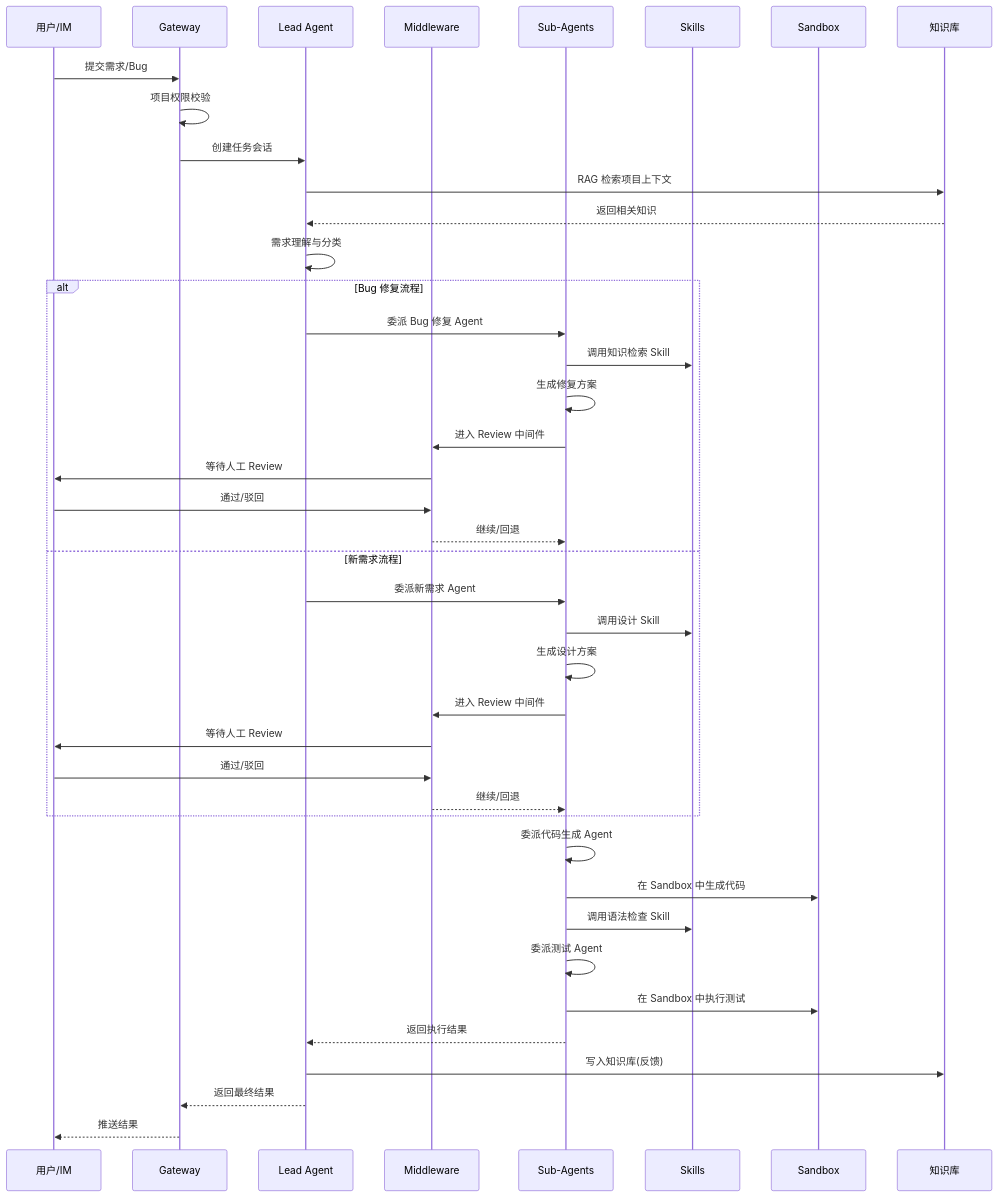
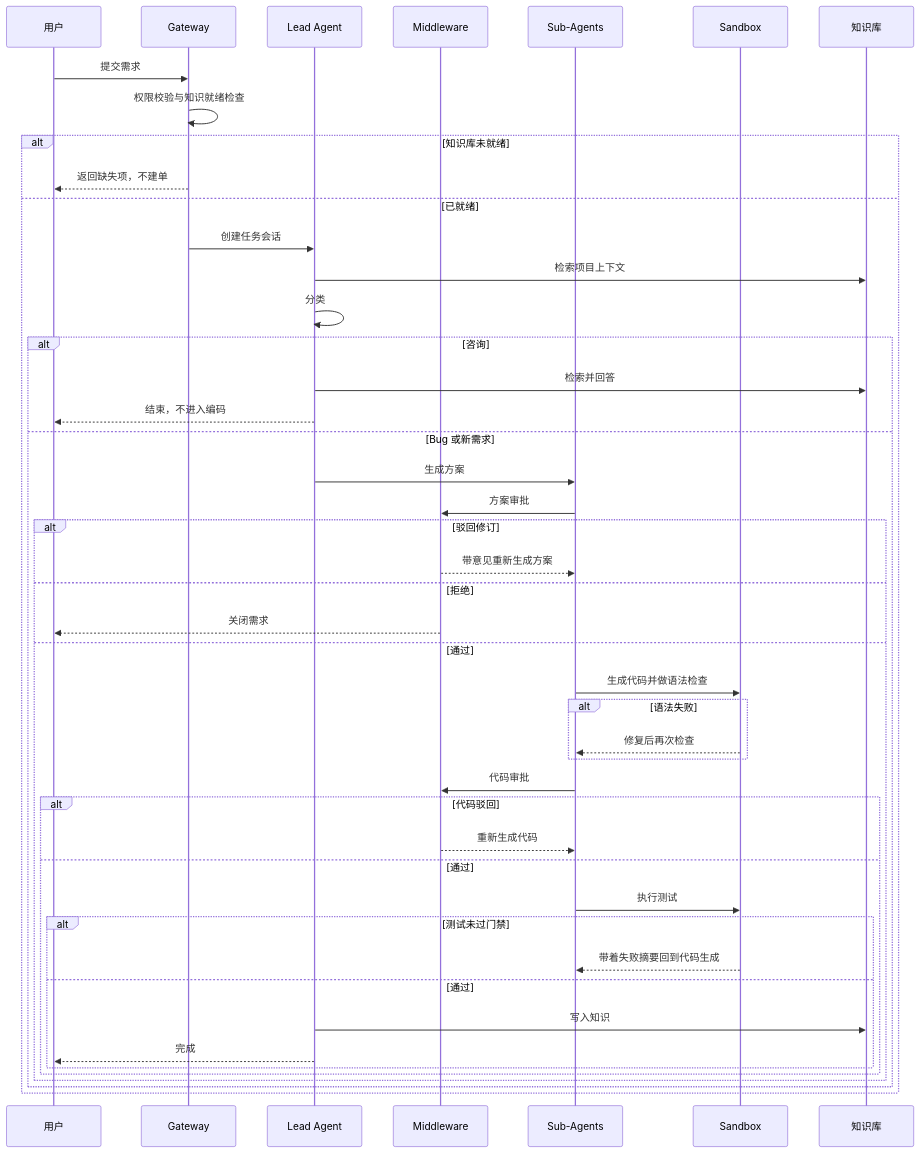
Before and after one commit to fujincursor/OpsPilot: the second of 11 diagrams in docs/DeerFlow架构重设计-运维Agent生产系统.md, drawn with Mermaid. The commit also changed other lines of this file and 110 other files, not shown here.

````diff
--- a/docs/DeerFlow架构重设计-运维Agent生产系统.md
+++ b/docs/DeerFlow架构重设计-运维Agent生产系统.md
@@ -124,50 +126,49 @@
 ```mermaid
 sequenceDiagram
-    participant User as 用户/IM
+    participant User as 用户
     participant GW as Gateway
     participant LA as Lead Agent
     participant MW as Middleware
     participant SA as Sub-Agents
-    participant SK as Skills
     participant SB as Sandbox
     participant KB as 知识库
 
-    User->>GW: 提交需求/Bug
-    GW->>GW: 项目权限校验
-    GW->>LA: 创建任务会话
-    
-    LA->>KB: RAG 检索项目上下文
-    KB-->>LA: 返回相关知识
-    
-    LA->>LA: 需求理解与分类
-    
-    alt Bug 修复流程
-        LA->>SA: 委派 Bug 修复 Agent
-        SA->>SK: 调用知识检索 Skill
-        SA->>SA: 生成修复方案
-        SA->>MW: 进入 Review 中间件
-        MW->>User: 等待人工 Review
-        User->>MW: 通过/驳回
-        MW-->>SA: 继续/回退
-    else 新需求流程
-        LA->>SA: 委派新需求 Agent
-        SA->>SK: 调用设计 Skill
-        SA->>SA: 生成设计方案
-        SA->>MW: 进入 Review 中间件
-        MW->>User: 等待人工 Review
-        User->>MW: 通过/驳回
-        MW-->>SA: 继续/回退
+    User->>GW: 提交需求
+    GW->>GW: 权限校验与知识就绪检查
+    alt 知识库未就绪
+        GW-->>User: 返回缺失项，不建单
+    else 已就绪
+        GW->>LA: 创建任务会话
+        LA->>KB: 检索项目上下文
+        LA->>LA: 分类
+        alt 咨询
+            LA->>KB: 检索并回答
+            LA-->>User: 结束，不进入编码
+        else Bug 或新需求
+            LA->>SA: 生成方案
+            SA->>MW: 方案审批
+            alt 驳回修订
+                MW-->>SA: 带意见重新生成方案
+            else 拒绝
+                MW-->>User: 关闭需求
+            else 通过
+                SA->>SB: 生成代码并做语法检查
+                alt 语法失败
+                    SB-->>SA: 修复后再次检查
+                end
+                SA->>MW: 代码审批
+                alt 代码驳回
+                    MW-->>SA: 重新生成代码
+                else 通过
+                    SA->>SB: 执行测试
+                    alt 测试未过门禁
+                        SB-->>SA: 带着失败摘要回到代码生成
+                    else 通过
+                        LA->>KB: 写入知识
+                        LA-->>User: 完成
+                    end
+                end
+            end
+        end
     end
-    
-    SA->>SA: 委派代码生成 Agent
-    SA->>SB: 在 Sandbox 中生成代码
-    SA->>SK: 调用语法检查 Skill
-    
-    SA->>SA: 委派测试 Agent
-    SA->>SB: 在 Sandbox 中执行测试
-    SA-->>LA: 返回执行结果
-    
-    LA->>KB: 写入知识库(反馈)
-    LA-->>GW: 返回最终结果
-    GW-->>User: 推送结果
 ```
````
